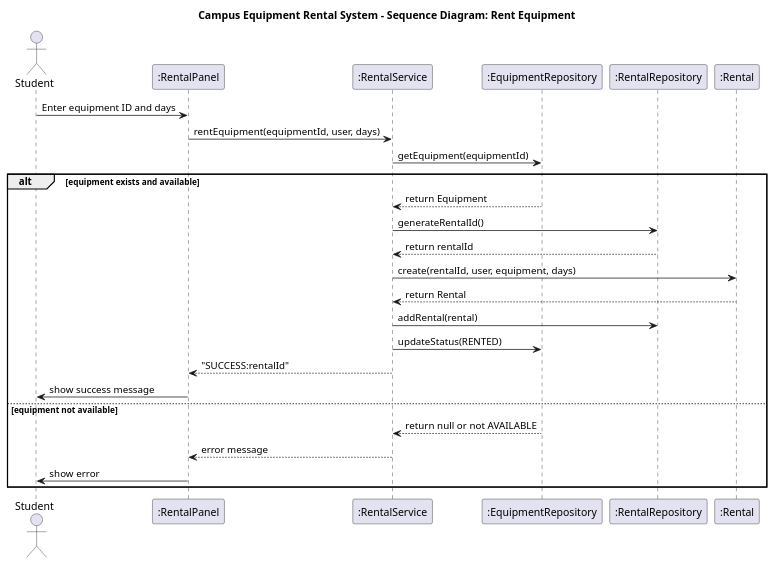
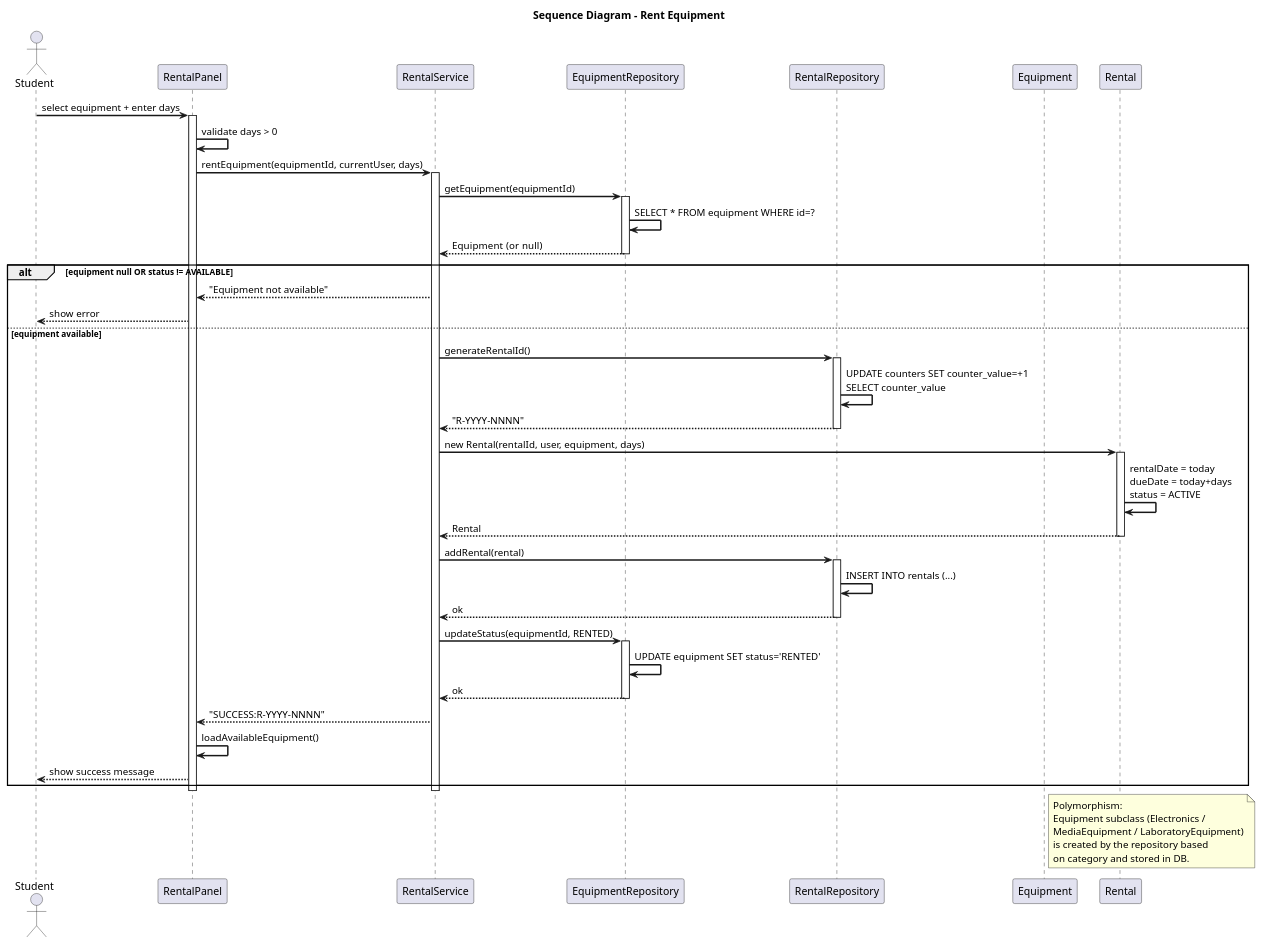
Before and after one commit to rain-0921/EquipmentRental_project: the diagram in docs/seq_rent.puml, drawn with PlantUML. The commit also changed 9 other files, not shown here.

```diff
--- a/docs/seq_rent.puml
+++ b/docs/seq_rent.puml
@@ -1,31 +1,72 @@
-@startuml
+@startuml seq_rent
 
-title Campus Equipment Rental System - Sequence Diagram: Rent Equipment
+title Sequence Diagram - Rent Equipment
 
-actor Student
-participant ":RentalPanel" as RentalUI
-participant ":RentalService" as RentalSvc
-participant ":EquipmentRepository" as EquipRepo
-participant ":RentalRepository" as RentRepo
-participant ":Rental" as Rental
+skinparam sequenceArrowThickness 2
+skinparam BoxPadding 10
+skinparam ParticipantPadding 10
 
-Student -> RentalUI: Enter equipment ID and days
-RentalUI -> RentalSvc: rentEquipment(equipmentId, user, days)
-RentalSvc -> EquipRepo: getEquipment(equipmentId)
-alt equipment exists and available
-  EquipRepo --> RentalSvc: return Equipment
-  RentalSvc -> RentRepo: generateRentalId()
-  RentRepo --> RentalSvc: return rentalId
-  RentalSvc -> Rental: create(rentalId, user, equipment, days)
-  Rental --> RentalSvc: return Rental
-  RentalSvc -> RentRepo: addRental(rental)
-  RentalSvc -> EquipRepo: updateStatus(RENTED)
-  RentalSvc --> RentalUI: "SUCCESS:rentalId"
-  RentalUI -> Student: show success message
-else equipment not available
-  EquipRepo --> RentalSvc: return null or not AVAILABLE
-  RentalSvc --> RentalUI: error message
-  RentalUI -> Student: show error
+actor "Student" as U
+participant "RentalPanel" as RP
+participant "RentalService" as RS
+participant "EquipmentRepository" as ER
+participant "RentalRepository" as RR
+participant "Equipment" as EQ
+participant "Rental" as R
+
+U -> RP : select equipment + enter days
+activate RP
+RP -> RP : validate days > 0
+RP -> RS : rentEquipment(equipmentId, currentUser, days)
+activate RS
+RS -> ER : getEquipment(equipmentId)
+activate ER
+ER -> ER : SELECT * FROM equipment WHERE id=?
+ER --> RS : Equipment  (or null)
+deactivate ER
+
+alt equipment null OR status != AVAILABLE
+  RS --> RP : "Equipment not available"
+  RP --> U : show error
+else equipment available
+  RS -> RR : generateRentalId()
+  activate RR
+  RR -> RR : UPDATE counters SET counter_value=+1\nSELECT counter_value
+  RR --> RS : "R-YYYY-NNNN"
+  deactivate RR
+
+  RS -> R : new Rental(rentalId, user, equipment, days)
+  activate R
+  R -> R : rentalDate = today\ndueDate = today+days\nstatus = ACTIVE
+  R --> RS : Rental
+  deactivate R
+
+  RS -> RR : addRental(rental)
+  activate RR
+  RR -> RR : INSERT INTO rentals (...)
+  RR --> RS : ok
+  deactivate RR
+
+  RS -> ER : updateStatus(equipmentId, RENTED)
+  activate ER
+  ER -> ER : UPDATE equipment SET status='RENTED'
+  ER --> RS : ok
+  deactivate ER
+
+  RS --> RP : "SUCCESS:R-YYYY-NNNN"
+  RP -> RP : loadAvailableEquipment()
+  RP --> U : show success message
 end
 
+deactivate RS
+deactivate RP
+
+note right of EQ
+  Polymorphism:
+  Equipment subclass (Electronics /
+  MediaEquipment / LaboratoryEquipment)
+  is created by the repository based
+  on category and stored in DB.
+end note
+
 @enduml
```
